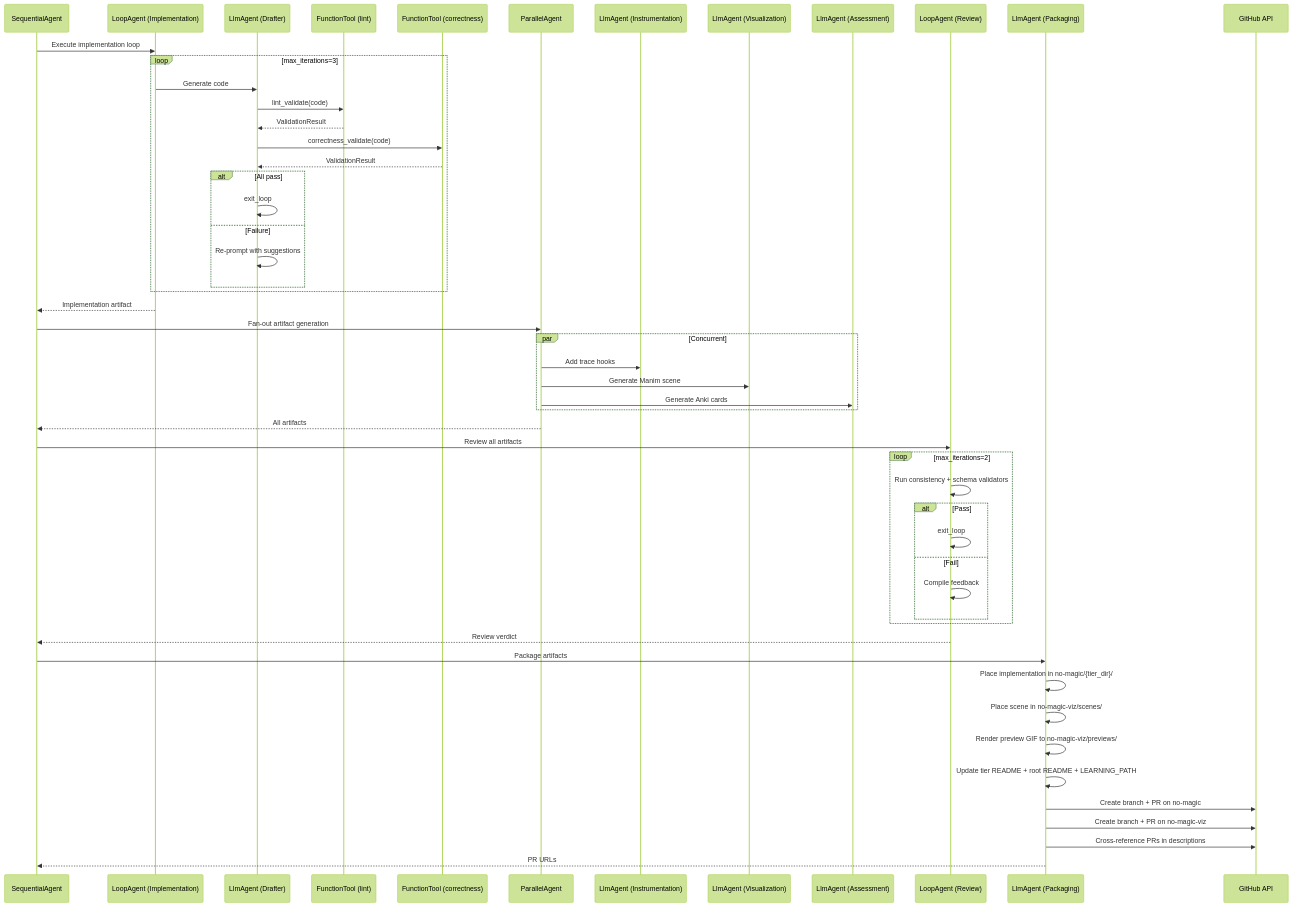
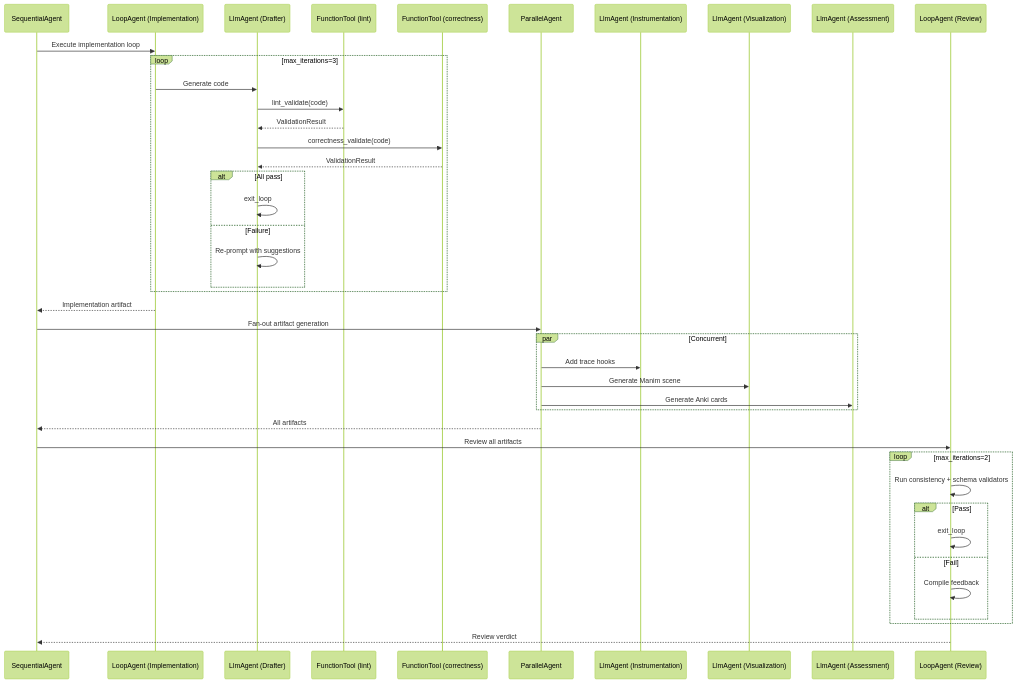
One commit to no-magic-ai/apprentice changed the third of 7 diagrams in docs/system-design.md. Above: the diagram before and after it, drawn with Mermaid (forest theme). The commit also changed other lines of this file and 3 other files, not shown here.

````diff
--- a/docs/system-design.md
+++ b/docs/system-design.md
@@ -253,62 +252,49 @@
 ```mermaid
 sequenceDiagram
     participant Pipe as SequentialAgent
     participant Impl as LoopAgent (Implementation)
     participant Draft as LlmAgent (Drafter)
     participant Lint as FunctionTool (lint)
     participant Correct as FunctionTool (correctness)
     participant ToolStage as ParallelAgent
     participant Instr as LlmAgent (Instrumentation)
     participant Viz as LlmAgent (Visualization)
     participant Assess as LlmAgent (Assessment)
     participant Rev as LoopAgent (Review)
 
     Pipe->>Impl: Execute implementation loop
 
     loop max_iterations=3
         Impl->>Draft: Generate code
         Draft->>Lint: lint_validate(code)
         Lint-->>Draft: ValidationResult
         Draft->>Correct: correctness_validate(code)
         Correct-->>Draft: ValidationResult
         alt All pass
             Draft->>Draft: exit_loop
         else Failure
             Draft->>Draft: Re-prompt with suggestions
         end
     end
 
     Impl-->>Pipe: Implementation artifact
 
     Pipe->>ToolStage: Fan-out artifact generation
     par Concurrent
         ToolStage->>Instr: Add trace hooks
         ToolStage->>Viz: Generate Manim scene
         ToolStage->>Assess: Generate Anki cards
     end
     ToolStage-->>Pipe: All artifacts
 
     Pipe->>Rev: Review all artifacts
     loop max_iterations=2
         Rev->>Rev: Run consistency + schema validators
         alt Pass
             Rev->>Rev: exit_loop
         else Fail
             Rev->>Rev: Compile feedback
         end
     end
     Rev-->>Pipe: Review verdict
-
-    Pipe->>Pkg: Package artifacts
-    participant Pkg as LlmAgent (Packaging)
-    participant GH as GitHub API
-
-    Pkg->>Pkg: Place implementation in no-magic/{tier_dir}/
-    Pkg->>Pkg: Place scene in no-magic-viz/scenes/
-    Pkg->>Pkg: Render preview GIF to no-magic-viz/previews/
-    Pkg->>Pkg: Update tier README + root README + LEARNING_PATH
-    Pkg->>GH: Create branch + PR on no-magic
-    Pkg->>GH: Create branch + PR on no-magic-viz
-    Pkg->>GH: Cross-reference PRs in descriptions
-    Pkg-->>Pipe: PR URLs
 ```
````
